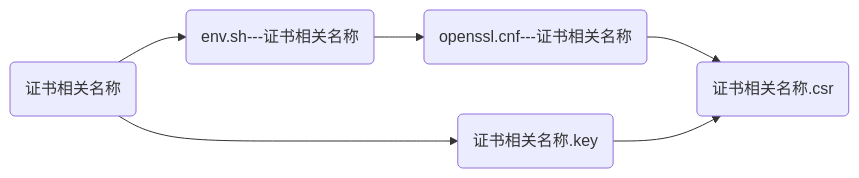
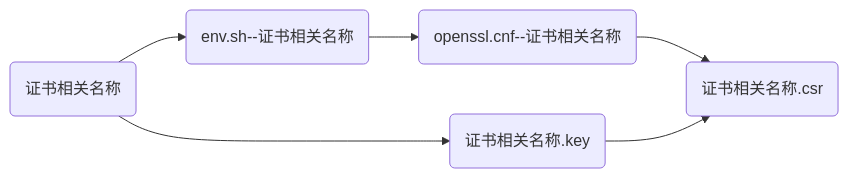
One commit to kevinzu007/zzxia-openssl-ca-server changed the third of 5 diagrams in README.md. Above: the diagram before and after it, drawn with Mermaid. The commit also changed other lines of this file and 10 other files, not shown here.

````diff
--- a/README.md
+++ b/README.md
@@ -224,9 +224,9 @@
 ```mermaid
 graph LR;
 1(证书相关名称)
-1-->2(env.sh---证书相关名称)
-2-->3(openssl.cnf---证书相关名称)
+1-->2(env.sh--证书相关名称)
+2-->3(openssl.cnf--证书相关名称)
 3-->5(证书相关名称.csr)
 1-->4(证书相关名称.key)
 4-->5
 ```
````
